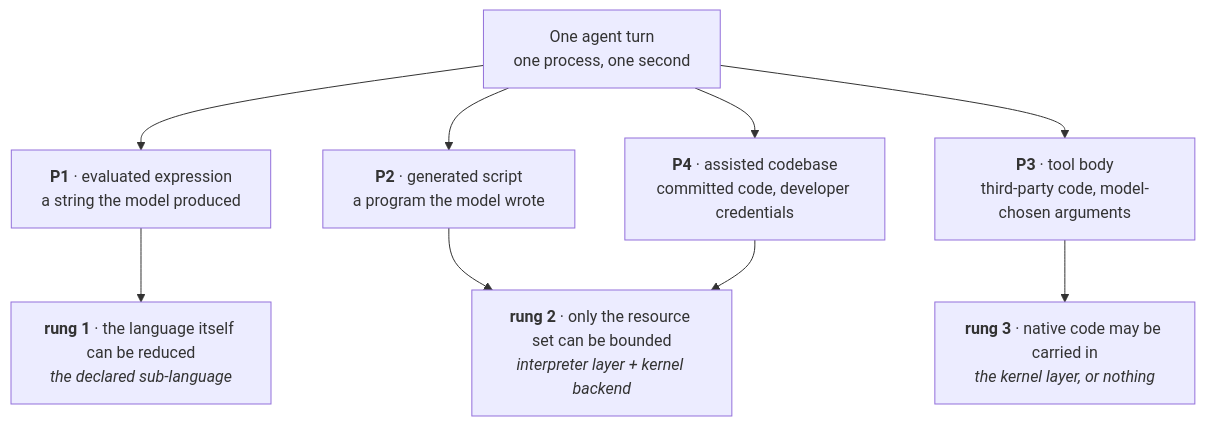
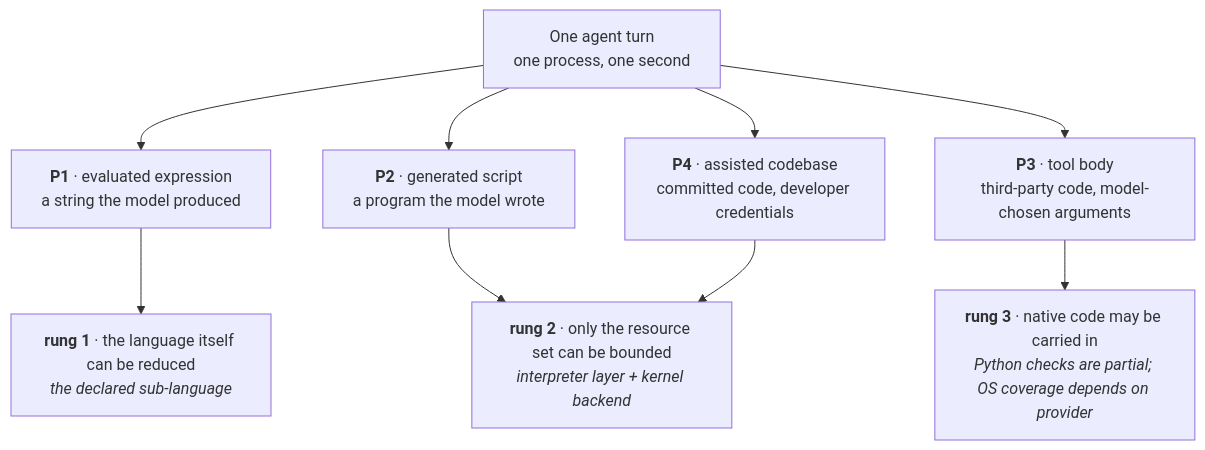
The first of 7 diagrams in research/confining-python-by-observation.md (pprados/pysandboxes), drawn with Mermaid before and after one commit. The commit also changed other lines of this file, not shown here.

````diff
--- a/research/confining-python-by-observation.md
+++ b/research/confining-python-by-observation.md
@@ -81,13 +77,13 @@
 ```mermaid
 %% caption: The four provenance classes of a single agent turn, and the rung each lands on
 flowchart TB
     T["One agent turn<br/>one process, one second"]
     T --> P1["<b>P1</b> · evaluated expression<br/>a string the model produced"]
     T --> P2["<b>P2</b> · generated script<br/>a program the model wrote"]
     T --> P3["<b>P3</b> · tool body<br/>third-party code, model-chosen arguments"]
     T --> P4["<b>P4</b> · assisted codebase<br/>committed code, developer credentials"]
     P1 --> A1["<b>rung 1</b> · the language itself can be reduced<br/><i>the declared sub-language</i>"]
     P2 --> A2["<b>rung 2</b> · only the resource set can be bounded<br/><i>interpreter layer + kernel backend</i>"]
-    P3 --> A3["<b>rung 3</b> · native code may be carried in<br/><i>the kernel layer, or nothing</i>"]
+    P3 --> A3["<b>rung 3</b> · native code may be carried in<br/><i>Python checks are partial; OS coverage depends on provider</i>"]
     P4 --> A2
 ```
````
